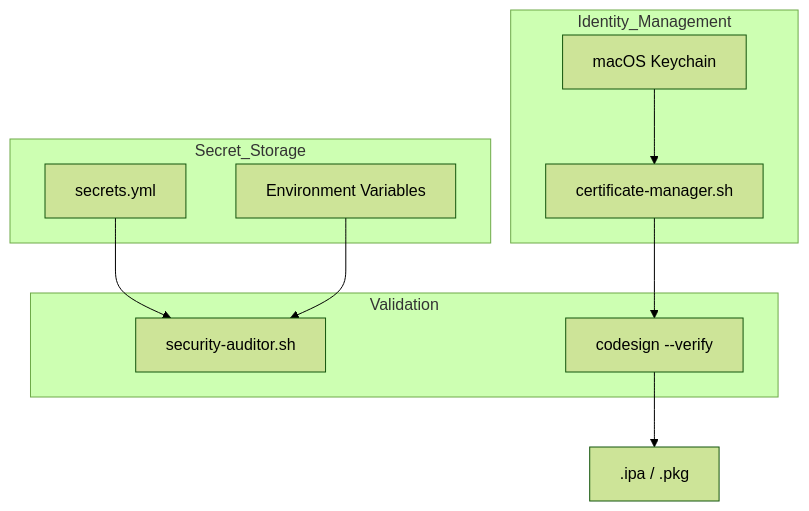
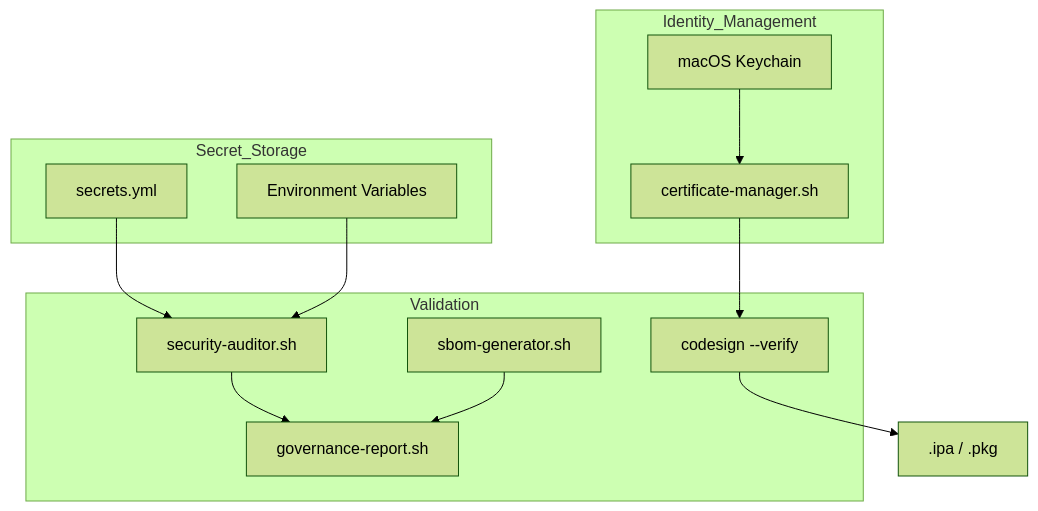
One commit to isopen-io/andp changed the sixth of 7 diagrams in Documentation/Architecture/Diagrams.md. Above: the diagram before and after it, drawn with Mermaid (forest theme). The commit also changed other lines of this file and 17 other files, not shown here.

````diff
--- a/Documentation/Architecture/Diagrams.md
+++ b/Documentation/Architecture/Diagrams.md
@@ -102,23 +108,27 @@
 ```mermaid
 graph TD
     subgraph Secret_Storage
         SecretsFile[secrets.yml]
         EnvVars[Environment Variables]
     end
 
     subgraph Validation
         SecAudit[security-auditor.sh]
+        SBOM[sbom-generator.sh]
+        GovReport[governance-report.sh]
         SignVerify[codesign --verify]
     end
 
     subgraph Identity_Management
         CertMgr[certificate-manager.sh]
         Keychain[macOS Keychain]
     end
 
     SecretsFile --> SecAudit
     EnvVars --> SecAudit
+    SecAudit --> GovReport
+    SBOM --> GovReport
     Keychain --> CertMgr
     CertMgr --> SignVerify
     SignVerify --> Artifacts[.ipa / .pkg]
 ```
````
